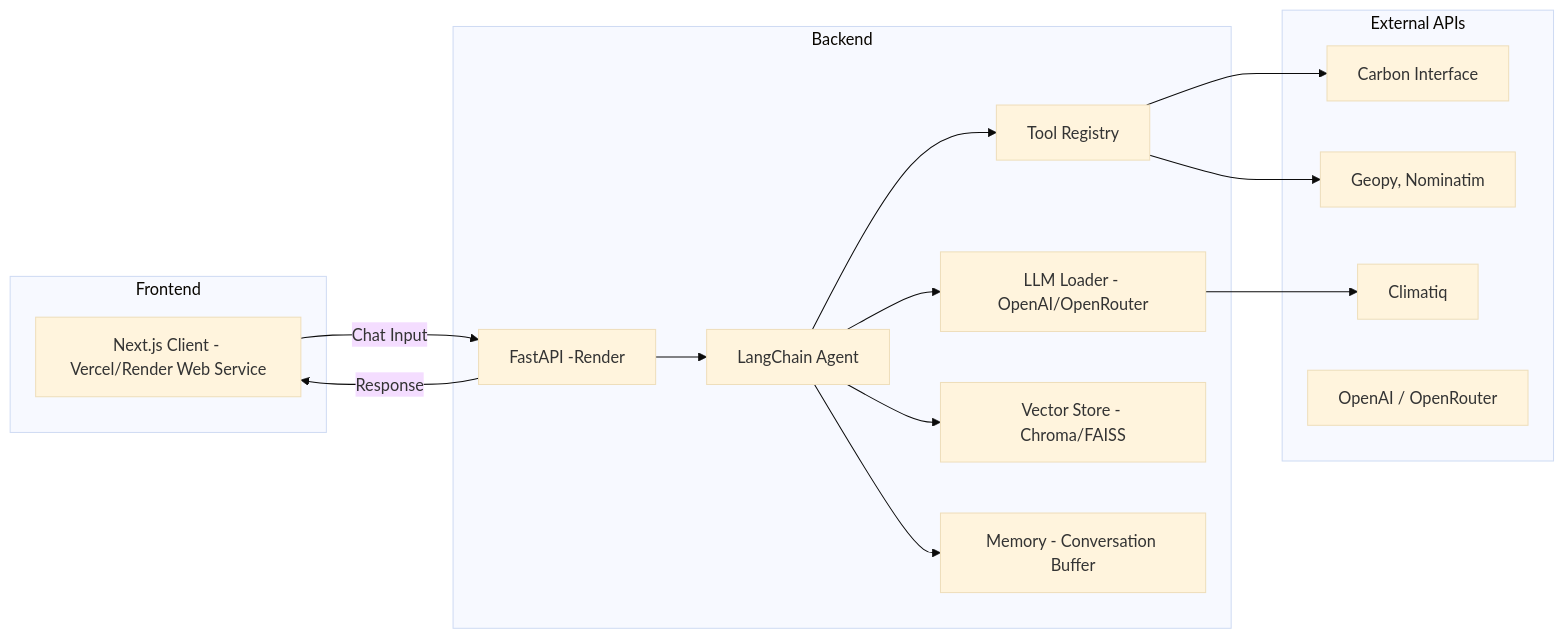
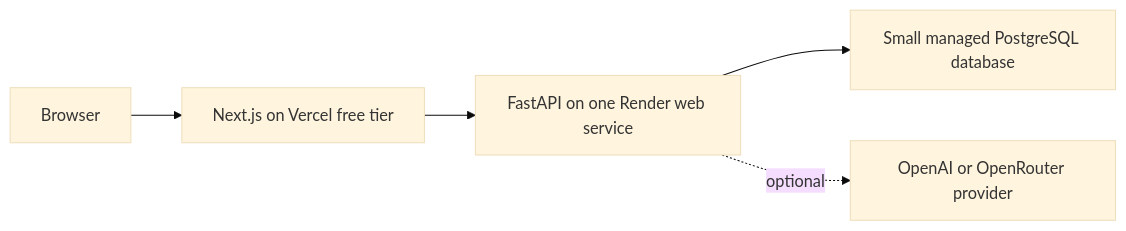
One commit to davidpal3c/NZeroESG_Scope3 changed the diagram in docs/infrastructure.md. Above: the diagram before and after it, drawn with Mermaid (base theme). The commit also changed other lines of this file and 84 other files, not shown here.

````diff
--- a/docs/infrastructure.md
+++ b/docs/infrastructure.md
@@ -1,35 +8,7 @@
 ```mermaid
 flowchart LR
-    subgraph Frontend
-        A[Next.js Client - Vercel/Render Web Service]
-    end
-
-    subgraph Backend
-        B[FastAPI -Render]
-        B1[LangChain Agent]
-        B2[LLM Loader - OpenAI/OpenRouter]
-        B3[Tool Registry]
-        B4[Vector Store - Chroma/FAISS]
-        B5[Memory - Conversation Buffer]
-    end
-
-    subgraph External APIs
-        C1[Carbon Interface]
-        C2[Geopy, Nominatim]
-        C3[Climatiq]
-        C4[OpenAI / OpenRouter]
-    end
-
-    A -->|Chat Input| B
-    B --> B1
-    B1 --> B2
-    B1 --> B3
-    B1 --> B4
-    B1 --> B5
-
-    B3 --> C1
-    B3 --> C2
-    B2 --> C3
-
-    B -->|Response| A
+    A[Browser] --> B[Next.js on Vercel free tier]
+    B --> C[FastAPI on one Render web service]
+    C --> D[Small managed PostgreSQL database]
+    C -. optional .-> E[OpenAI or OpenRouter provider]
 ```
````
